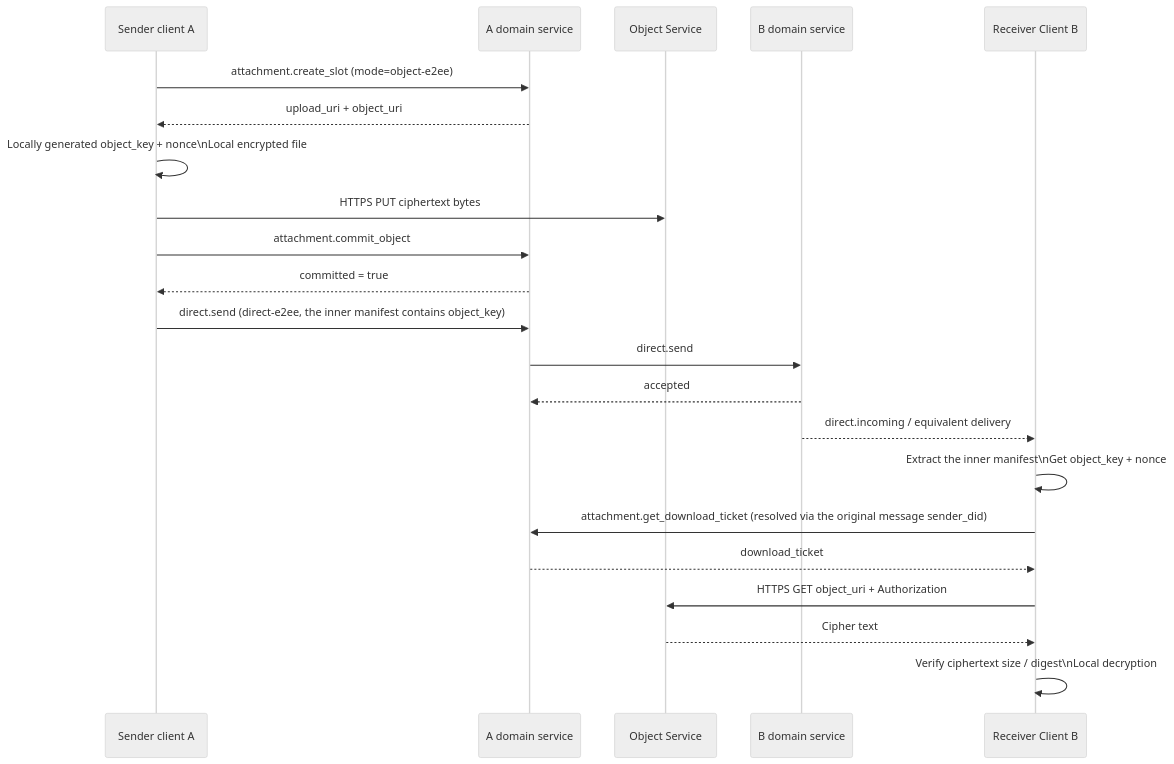
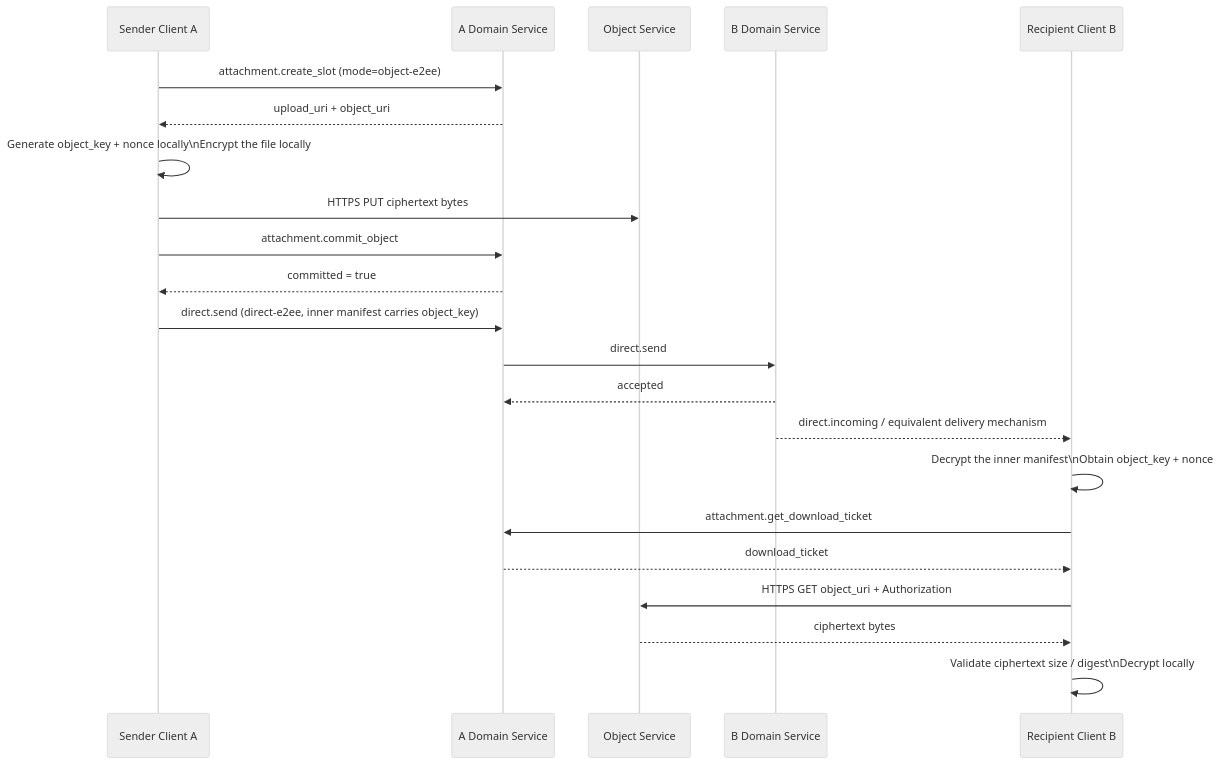
One commit to NeatNerdPrime/AgentNetworkProtocol changed the third of 5 diagrams in message/07-attachments-and-object-transfer.md. Above: the diagram before and after it, drawn with Mermaid (neutral theme). The commit also changed other lines of this file and 7 other files, not shown here.

````diff
--- a/message/07-attachments-and-object-transfer.md
+++ b/message/07-attachments-and-object-transfer.md
@@ -220,25 +220,25 @@
 ```mermaid
 sequenceDiagram
-    participant A as Sender client A
-    participant AS as A domain service
+    participant A as Sender Client A
+    participant AS as A Domain Service
     participant OS as Object Service
-    participant BS as B domain service
-    participant B as Receiver Client B
+    participant BS as B Domain Service
+    participant B as Recipient Client B
 
     A->>AS: attachment.create_slot (mode=object-e2ee)
     AS-->>A: upload_uri + object_uri
-    A->>A: Locally generated object_key + nonce\nLocal encrypted file
+    A->>A: Generate object_key + nonce locally\nEncrypt the file locally
     A->>OS: HTTPS PUT ciphertext bytes
     A->>AS: attachment.commit_object
     AS-->>A: committed = true
-    A->>AS: direct.send (direct-e2ee, the inner manifest contains object_key)
+    A->>AS: direct.send (direct-e2ee, inner manifest carries object_key)
     AS->>BS: direct.send
     BS-->>AS: accepted
-    BS-->>B: direct.incoming / equivalent delivery
-    B->>B: Extract the inner manifest\nGet object_key + nonce
-    B->>AS: attachment.get_download_ticket (resolved via the original message sender_did)
+    BS-->>B: direct.incoming / equivalent delivery mechanism
+    B->>B: Decrypt the inner manifest\nObtain object_key + nonce
+    B->>AS: attachment.get_download_ticket
     AS-->>B: download_ticket
     B->>OS: HTTPS GET object_uri + Authorization
-    OS-->>B: Cipher text
-    B->>B: Verify ciphertext size / digest\nLocal decryption
+    OS-->>B: ciphertext bytes
+    B->>B: Validate ciphertext size / digest\nDecrypt locally
 ```
````
